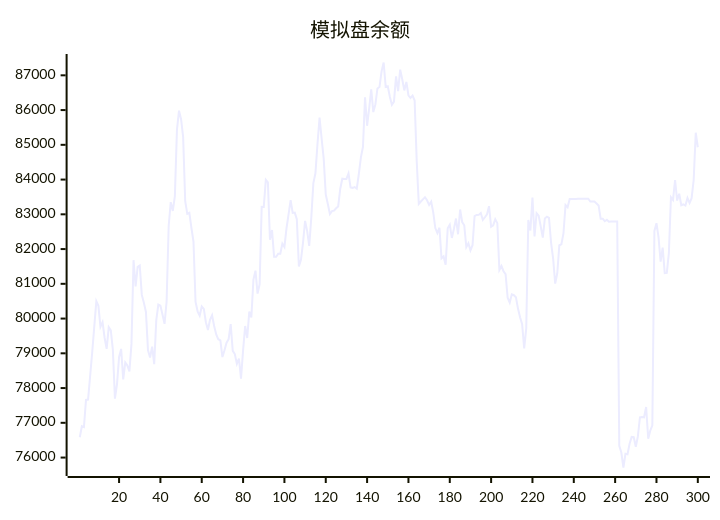
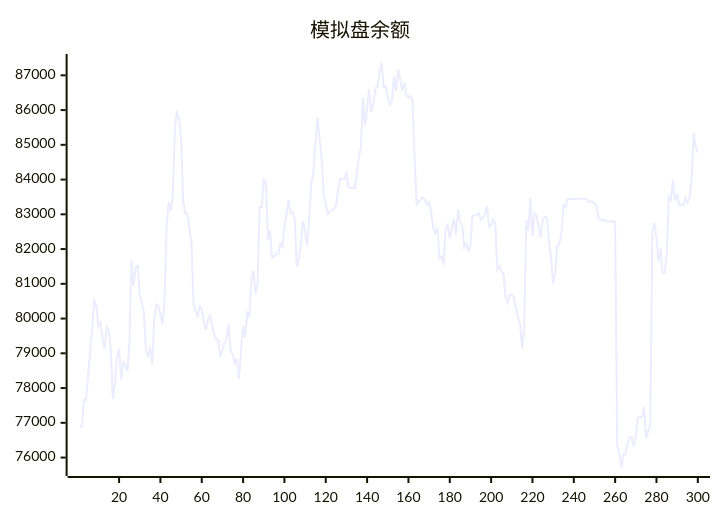
Before and after one commit to aahl/ai-trading: the diagram in README.md, drawn with Mermaid. The commit also changed other lines of this file and 1 other file, not shown here.

````diff
--- a/README.md
+++ b/README.md
@@ -5,5 +5,5 @@
 ```mermaid
 xychart
     title "模拟盘余额"
-    line [76586,76902,76876,77658,77669,78346,79023,79769,80497,80366,79761,79896,79448,79126,79749,79658,79097,77695,78114,78888,79126,78249,78738,78653,78478,79271,81680,80923,81488,81527,80681,80455,80190,79084,78879,79193,78686,79954,80403,80374,80118,79848,80491,82665,83351,83098,83525,85430,85983,85737,85221,83378,83014,83043,82613,82216,80477,80208,80081,80348,80277,79894,79670,79965,80093,79786,79542,79406,79371,78893,79087,79304,79406,79841,79072,78978,78696,78846,78272,79085,79787,79442,80198,80031,81120,81379,80718,80985,83214,83212,83993,83921,82270,82547,81776,81776,81866,81866,82158,82061,82596,83000,83408,83041,83050,82858,81503,81691,82188,82812,82517,82092,82901,83898,84180,85030,85781,85178,84604,83569,83298,83008,83093,83107,83175,83228,83729,84025,84017,84019,84177,83775,83762,83785,83738,84160,84639,84939,86370,85548,86046,86599,85942,86161,86622,86664,87115,87369,86666,86685,86384,86152,86243,86969,86548,87164,86885,86566,86809,86427,86348,86417,86273,84538,83299,83369,83430,83490,83404,83270,83362,83056,82605,82459,82614,81734,81788,81551,82598,82702,82320,82580,82878,82426,83139,82778,82686,82056,82166,81963,82110,82951,82983,82984,83038,82838,82915,82998,83235,82642,82682,82858,82746,81396,81512,81362,81277,80600,80461,80699,80673,80616,80288,80038,79836,79142,79722,82837,82533,83480,82366,83032,82960,82654,82330,82883,82934,82901,82188,81728,81005,81298,82110,82135,82449,83264,83203,83440,83439,83440,83440,83446,83447,83448,83447,83448,83449,83369,83369,83369,83313,83256,82872,82873,82801,82844,82785,82791,82791,82793,82794,76339,76145,75714,76110,76096,76397,76594,76585,76310,76607,77160,77170,77160,77456,76541,76774,76927,82520,82744,82337,81639,82040,81307,81314,81887,83490,83414,83984,83396,83594,83261,83287,83253,83470,83327,83465,83987,85348,84930]
+    line [76902,76876,77658,77669,78346,79023,79769,80497,80366,79761,79896,79448,79126,79749,79658,79097,77695,78114,78888,79126,78249,78738,78653,78478,79271,81680,80923,81488,81527,80681,80455,80190,79084,78879,79193,78686,79954,80403,80374,80118,79848,80491,82665,83351,83098,83525,85430,85983,85737,85221,83378,83014,83043,82613,82216,80477,80208,80081,80348,80277,79894,79670,79965,80093,79786,79542,79406,79371,78893,79087,79304,79406,79841,79072,78978,78696,78846,78272,79085,79787,79442,80198,80031,81120,81379,80718,80985,83214,83212,83993,83921,82270,82547,81776,81776,81866,81866,82158,82061,82596,83000,83408,83041,83050,82858,81503,81691,82188,82812,82517,82092,82901,83898,84180,85030,85781,85178,84604,83569,83298,83008,83093,83107,83175,83228,83729,84025,84017,84019,84177,83775,83762,83785,83738,84160,84639,84939,86370,85548,86046,86599,85942,86161,86622,86664,87115,87369,86666,86685,86384,86152,86243,86969,86548,87164,86885,86566,86809,86427,86348,86417,86273,84538,83299,83369,83430,83490,83404,83270,83362,83056,82605,82459,82614,81734,81788,81551,82598,82702,82320,82580,82878,82426,83139,82778,82686,82056,82166,81963,82110,82951,82983,82984,83038,82838,82915,82998,83235,82642,82682,82858,82746,81396,81512,81362,81277,80600,80461,80699,80673,80616,80288,80038,79836,79142,79722,82837,82533,83480,82366,83032,82960,82654,82330,82883,82934,82901,82188,81728,81005,81298,82110,82135,82449,83264,83203,83440,83439,83440,83440,83446,83447,83448,83447,83448,83449,83369,83369,83369,83313,83256,82872,82873,82801,82844,82785,82791,82791,82793,82794,76339,76145,75714,76110,76096,76397,76594,76585,76310,76607,77160,77170,77160,77456,76541,76774,76927,82520,82744,82337,81639,82040,81307,81314,81887,83490,83414,83984,83396,83594,83261,83287,83253,83470,83327,83465,83987,85348,84930,84786]
 ```
````
